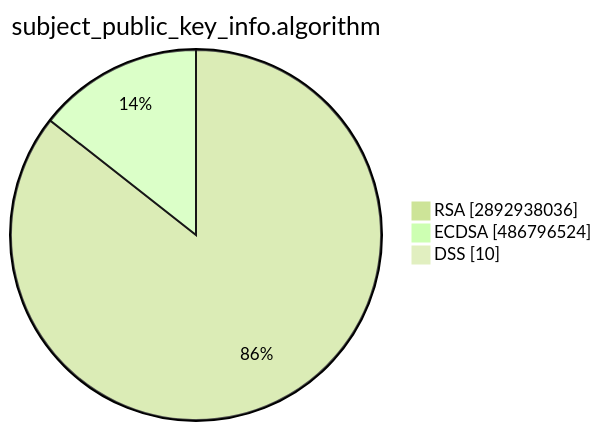
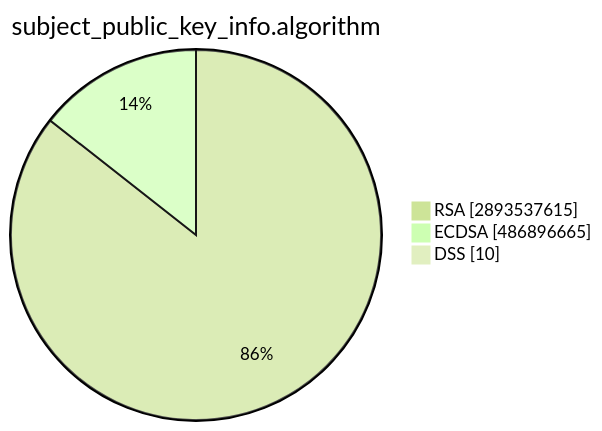
Before and after one commit to christiankrug/ctmonitor_visualization: the second of 15 diagrams in TOTAL/README.md, drawn with Mermaid (forest theme). The commit also changed other lines of this file, not shown here.

````diff
--- a/TOTAL/README.md
+++ b/TOTAL/README.md
@@ -6,7 +6,7 @@
 ```mermaid
 pie showData
 title subject_public_key_info.algorithm
-"RSA" :2892938036
-"ECDSA" :486796524
+"RSA" :2893537615
+"ECDSA" :486896665
 "DSS" :10
 ```
````
